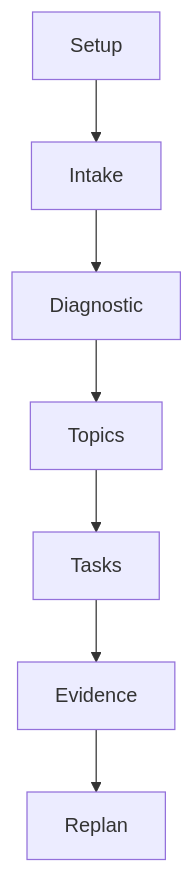
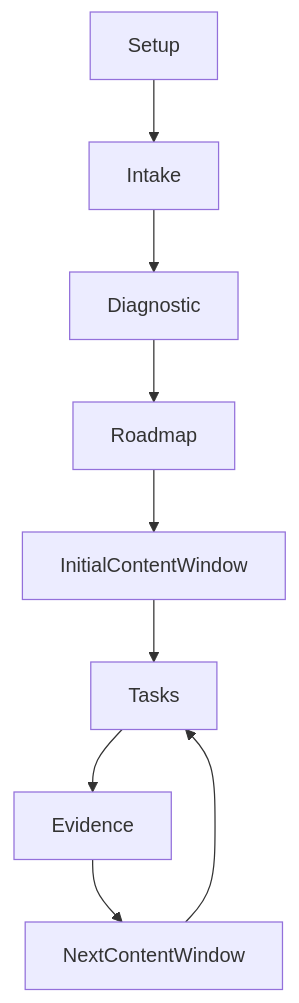
One commit to diegomoura/open-study-path changed the diagram in templates/roadmap.md. Above: the diagram before and after it, drawn with Mermaid. The commit also changed other lines of this file, not shown here.

Commit message:
docs: add rolling content status to roadmap template

````diff
--- a/templates/roadmap.md
+++ b/templates/roadmap.md
@@ -5,9 +5,11 @@
 ```mermaid
 flowchart TD
     Setup --> Intake
     Intake --> Diagnostic
-    Diagnostic --> Topics
-    Topics --> Tasks
+    Diagnostic --> Roadmap
+    Roadmap --> InitialContentWindow
+    InitialContentWindow --> Tasks
     Tasks --> Evidence
-    Evidence --> Replan
+    Evidence --> NextContentWindow
+    NextContentWindow --> Tasks
 ```
````
